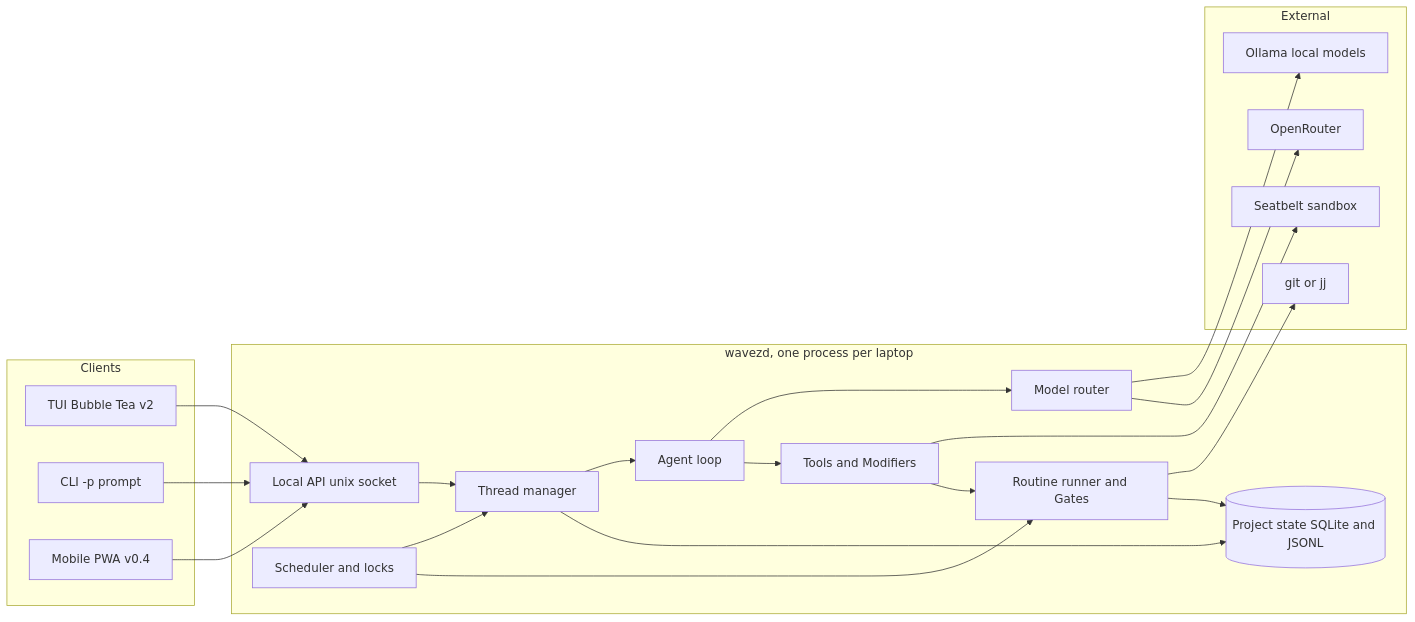
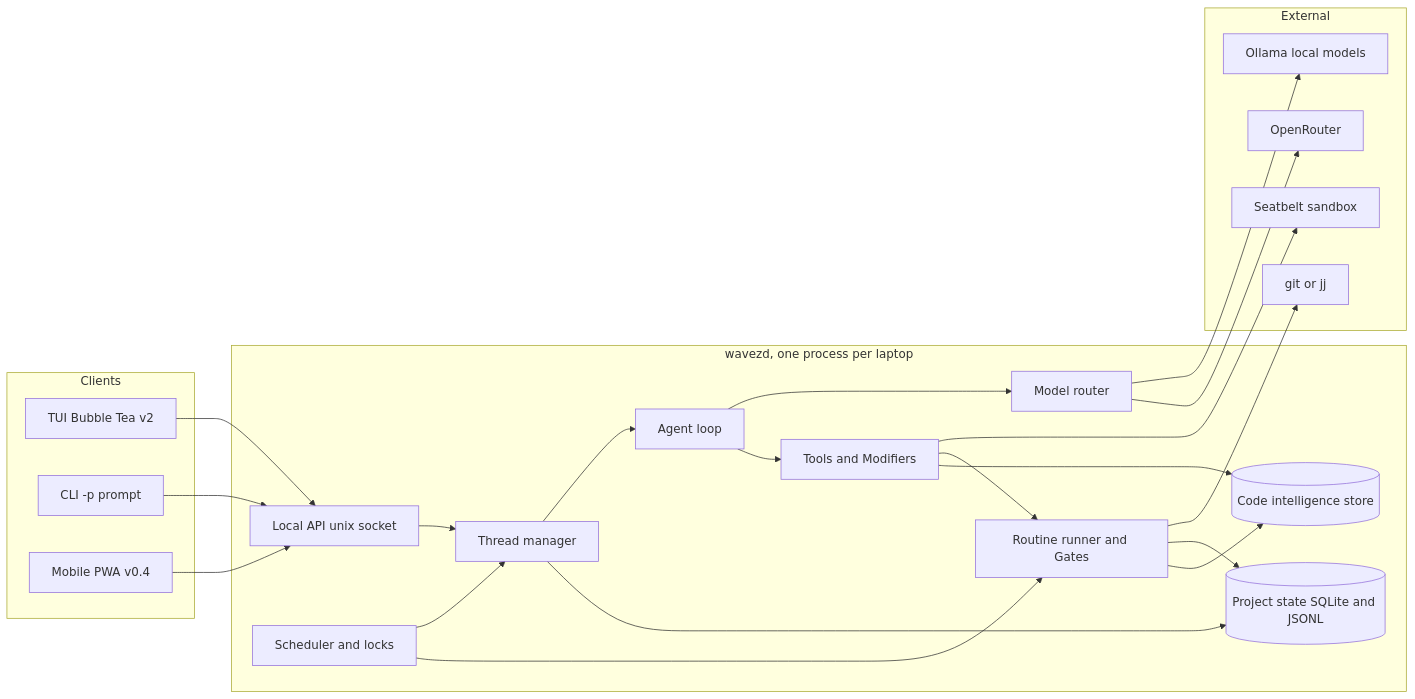
Before and after one commit to KyleKing/wavez: the first of 2 diagrams in DESIGN.md, drawn with Mermaid. The commit also changed other lines of this file and 1 other file, not shown here.

Commit message:
docs: code intelligence as one store with fuzzy, semantic, graph, and coverage indexes

````diff
--- a/DESIGN.md
+++ b/DESIGN.md
@@ -22,40 +22,43 @@
 ```mermaid
 flowchart LR
     subgraph clients [Clients]
         TUI[TUI Bubble Tea v2]
         CLI[CLI -p prompt]
         PWA[Mobile PWA v0.4]
     end
     subgraph core [wavezd, one process per laptop]
         API[Local API unix socket]
         Threads[Thread manager]
         Sched[Scheduler and locks]
         Loop[Agent loop]
         Router[Model router]
         Tools[Tools and Modifiers]
         Routines[Routine runner and Gates]
         Store[(Project state SQLite and JSONL)]
+        Code[(Code intelligence store)]
     end
     subgraph external [External]
         Local[Ollama local models]
         OR[OpenRouter]
         Sandbox[Seatbelt sandbox]
         VCS[git or jj]
     end
     TUI --> API
     CLI --> API
     PWA --> API
     API --> Threads
     Threads --> Loop
     Loop --> Router
     Router --> Local
     Router --> OR
     Loop --> Tools
     Tools --> Sandbox
     Tools --> Routines
     Sched --> Threads
     Sched --> Routines
     Routines --> VCS
     Threads --> Store
     Routines --> Store
+    Tools --> Code
+    Routines --> Code
 ```
````
